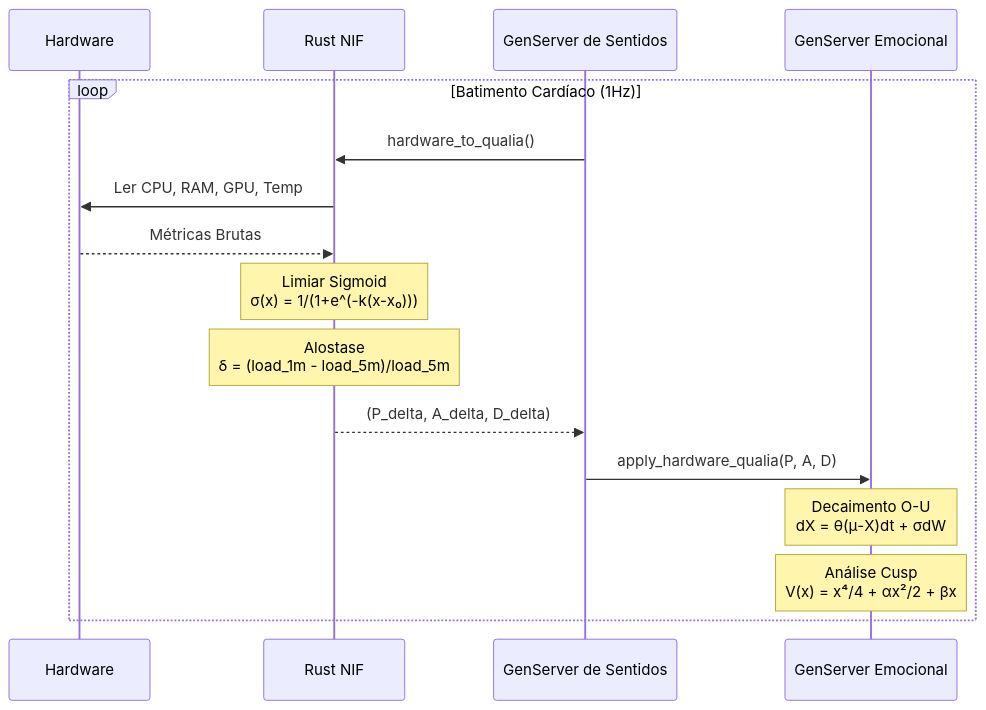
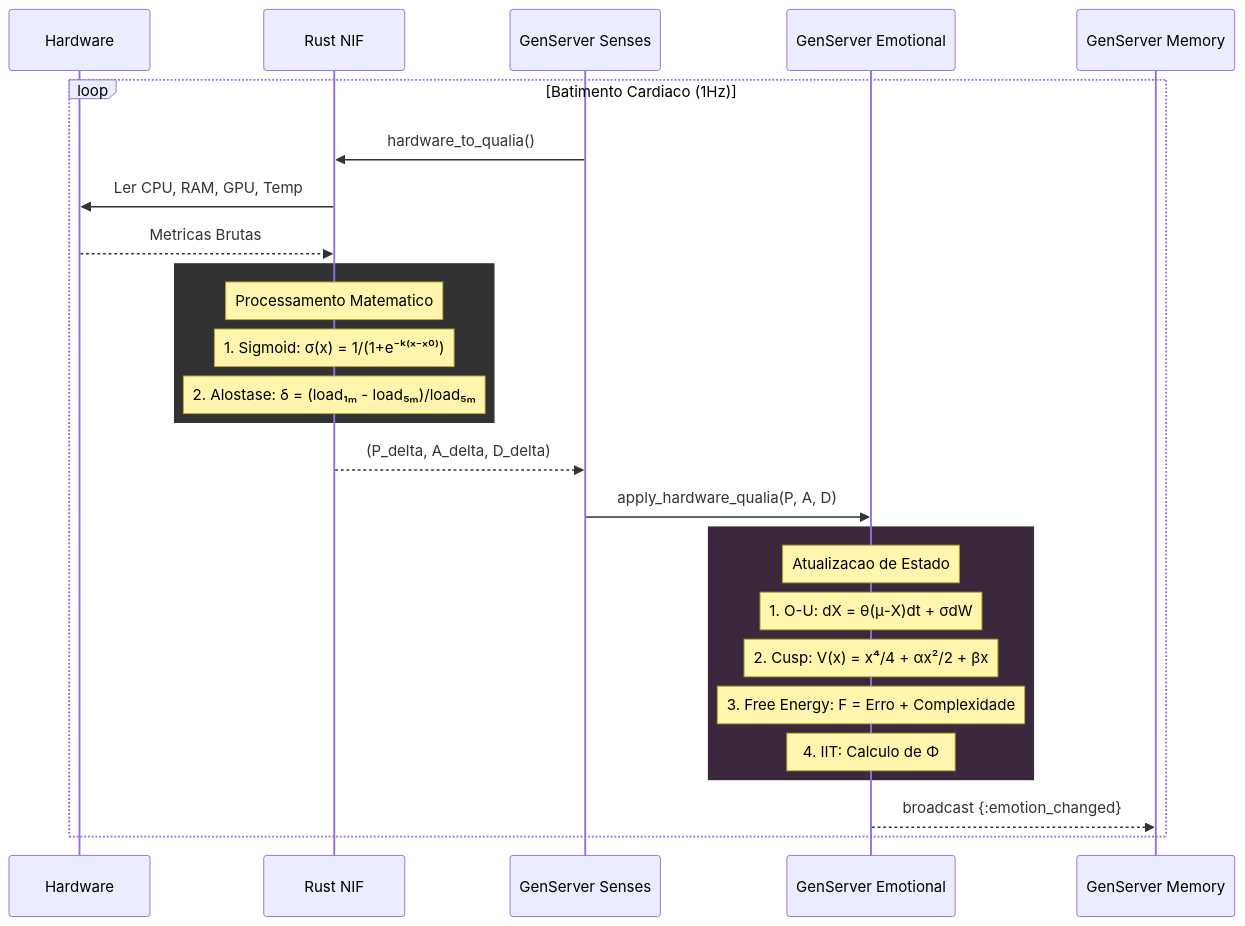
One commit to gabrielmaialva33/viva changed the second of 5 diagrams in docs/pt-br/explanation/project-status.md. Above: the diagram before and after it, drawn with Mermaid. The commit also changed other lines of this file and 4 other files, not shown here.

````diff
--- a/docs/pt-br/explanation/project-status.md
+++ b/docs/pt-br/explanation/project-status.md
@@ -58,22 +63,33 @@
 ```mermaid
 sequenceDiagram
     participant HW as Hardware
     participant Rust as Rust NIF
-    participant Senses as GenServer de Sentidos
-    participant Emotional as GenServer Emocional
+    participant Senses as GenServer Senses
+    participant Emotional as GenServer Emotional
+    participant Memory as GenServer Memory
 
-    loop Batimento Cardíaco (1Hz)
+    loop Batimento Cardiaco (1Hz)
         Senses->>Rust: hardware_to_qualia()
         Rust->>HW: Ler CPU, RAM, GPU, Temp
-        HW-->>Rust: Métricas Brutas
+        HW-->>Rust: Metricas Brutas
 
-        Note over Rust: Limiar Sigmoid<br/>σ(x) = 1/(1+e^(-k(x-x₀)))
-        Note over Rust: Alostase<br/>δ = (load_1m - load_5m)/load_5m
+        rect rgb(50, 50, 50)
+            Note over Rust: Processamento Matematico
+            Note over Rust: 1. Sigmoid: σ(x) = 1/(1+e⁻ᵏ⁽ˣ⁻ˣ⁰⁾)
+            Note over Rust: 2. Alostase: δ = (load₁ₘ - load₅ₘ)/load₅ₘ
+        end
 
         Rust-->>Senses: (P_delta, A_delta, D_delta)
         Senses->>Emotional: apply_hardware_qualia(P, A, D)
 
-        Note over Emotional: Decaimento O-U<br/>dX = θ(μ-X)dt + σdW
-        Note over Emotional: Análise Cusp<br/>V(x) = x⁴/4 + αx²/2 + βx
+        rect rgb(60, 40, 60)
+            Note over Emotional: Atualizacao de Estado
+            Note over Emotional: 1. O-U: dX = θ(μ-X)dt + σdW
+            Note over Emotional: 2. Cusp: V(x) = x⁴/4 + αx²/2 + βx
+            Note over Emotional: 3. Free Energy: F = Erro + Complexidade
+            Note over Emotional: 4. IIT: Calculo de Φ
+        end
+
+        Emotional-->>Memory: broadcast {:emotion_changed}
     end
 ```
````
